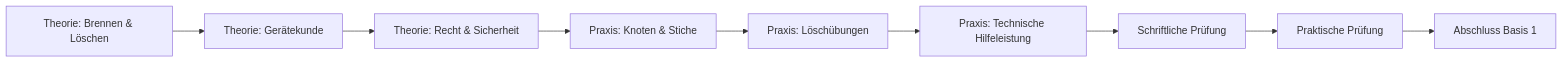
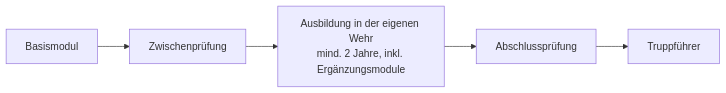
The diagram in docs/einfuehrung.md (slauger/mta-lernplattform), drawn with Mermaid before and after one commit. The commit also changed other lines of this file and 16 other files, not shown here.

````diff
--- a/docs/einfuehrung.md
+++ b/docs/einfuehrung.md
@@ -28,11 +14,7 @@
 ```mermaid
 graph LR
-    A[Theorie: Brennen & Löschen] --> B[Theorie: Gerätekunde]
-    B --> C[Theorie: Recht & Sicherheit]
-    C --> D[Praxis: Knoten & Stiche]
-    D --> E[Praxis: Löschübungen]
-    E --> F[Praxis: Technische Hilfeleistung]
-    F --> G[Schriftliche Prüfung]
-    G --> H[Praktische Prüfung]
-    H --> I[Abschluss Basis 1]
+    A[Basismodul] --> B[Zwischenprüfung]
+    B --> C[Ausbildung in der eigenen Wehr<br/>mind. 2 Jahre, inkl. Ergänzungsmodule]
+    C --> D[Abschlussprüfung]
+    D --> E[Truppführer]
 ```
````
